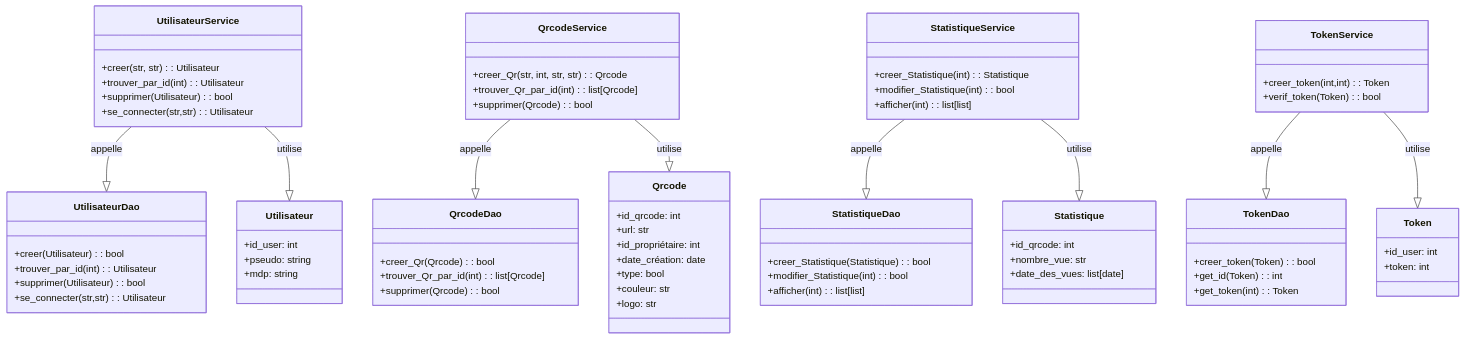
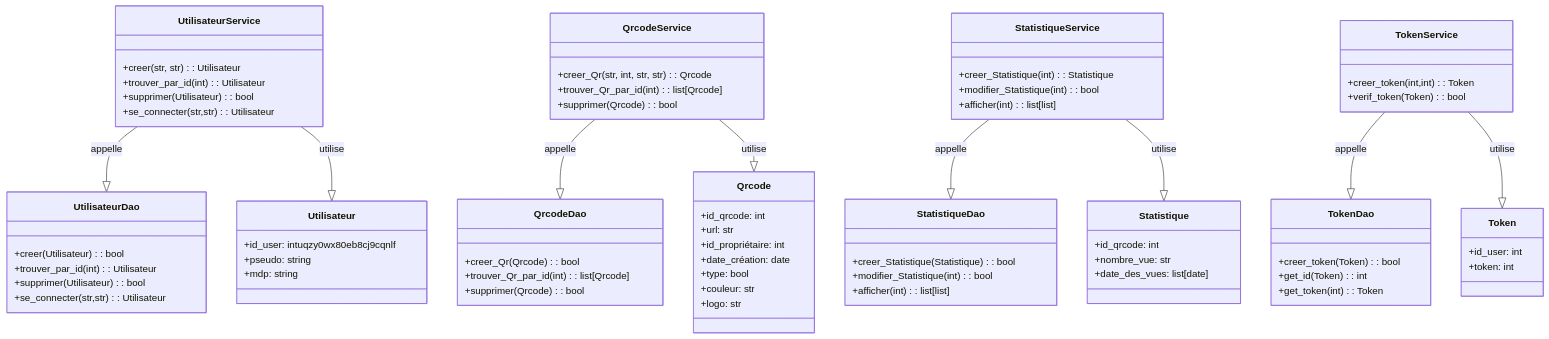
The diagram in doc/diag_classes.md (AdamLaporte/ENSAI-2A-projet-info-groupe-32), drawn with Mermaid before and after one commit. The commit also changed 8 other files, not shown here.

Commit message:
modification diagramme de sequence

````diff
--- a/doc/diag_classes.md
+++ b/doc/diag_classes.md
@@ -17,7 +17,7 @@
 ```mermaid
 classDiagram
     class Utilisateur {
-        +id_user: int
+        +id_user: intuqzy0wx80eb8cj9cqnlf
         +pseudo: string
         +mdp: string
     }
````
